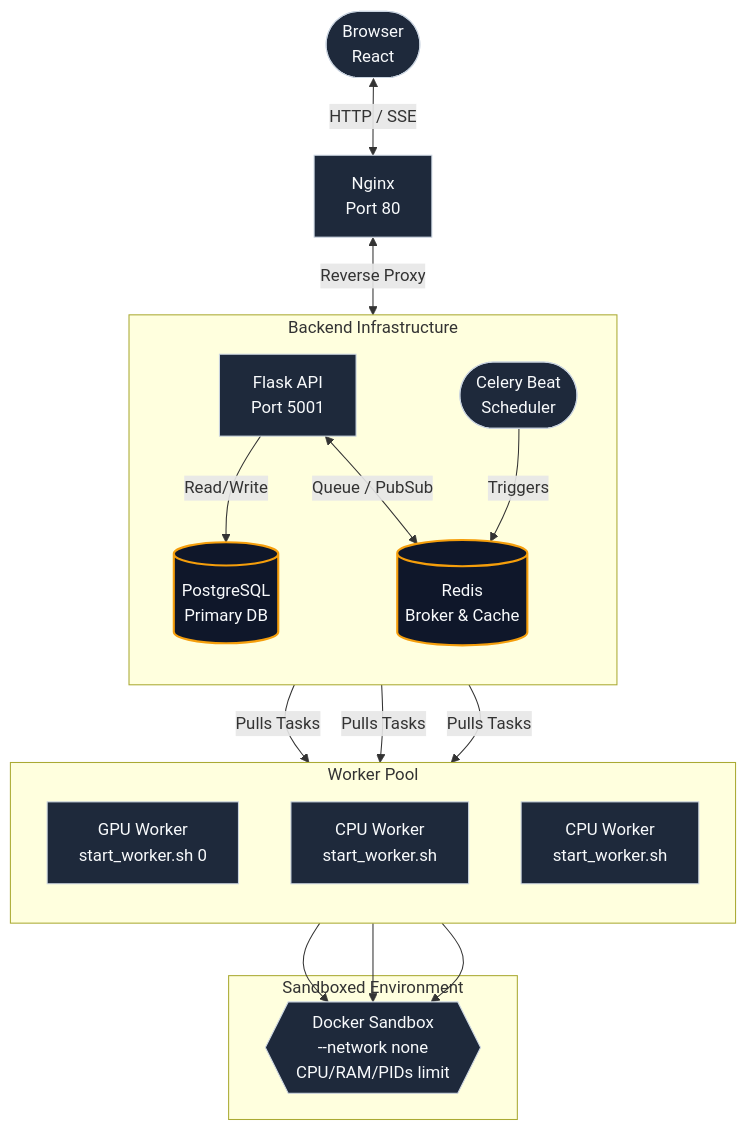
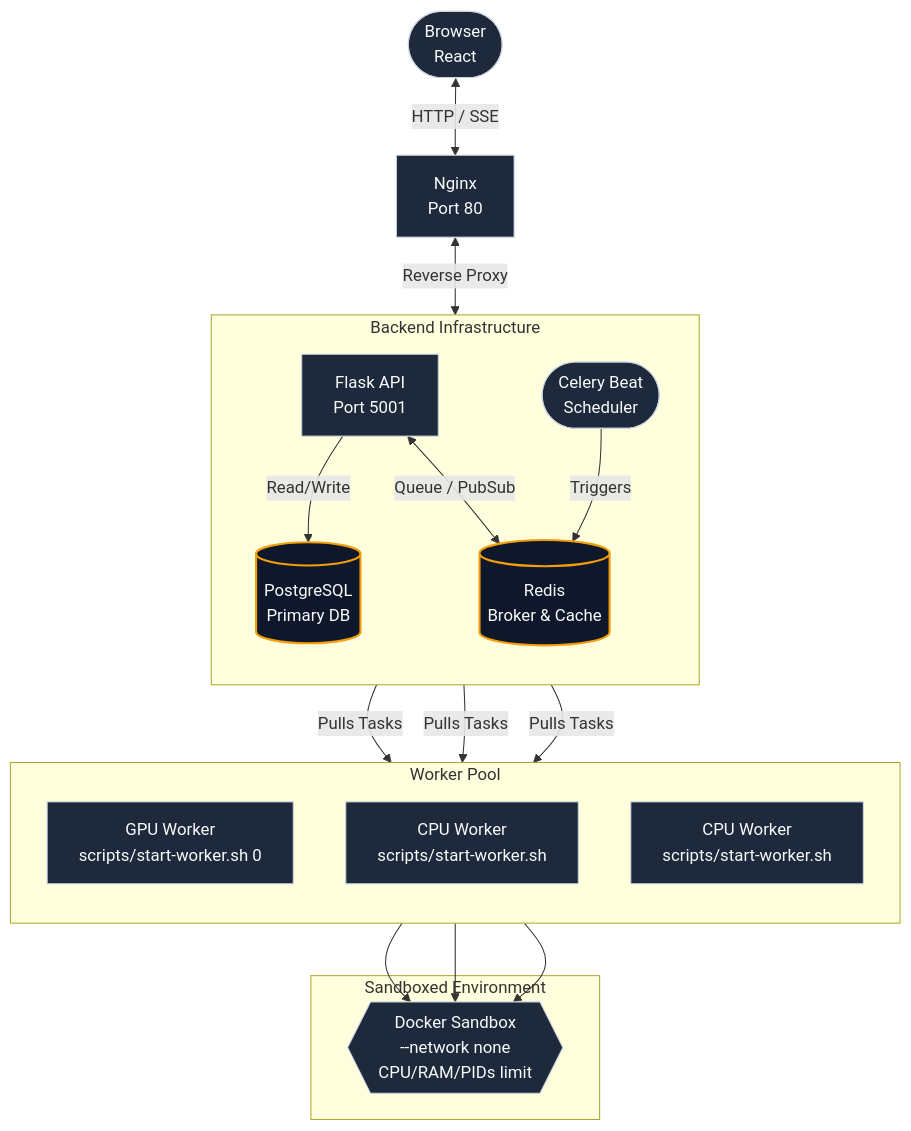
One commit to delyan-boychev/lavbench changed the diagram in README.md. Above: the diagram before and after it, drawn with Mermaid. The commit also changed other lines of this file and 8 other files, not shown here.

````diff
--- a/README.md
+++ b/README.md
@@ -61,35 +60,35 @@
 ```mermaid
 flowchart TD
     %% Client & Gateway
     Client([Browser<br>React]) <-->|HTTP / SSE| Nginx[Nginx<br>Port 80]
     Nginx <-->|Reverse Proxy| API[Flask API<br>Port 5001]
 
     %% Core Data & Message Broker
     subgraph Core [Backend Infrastructure]
         direction TB
         API -->|Read/Write| DB[(PostgreSQL<br>Primary DB)]
         API <-->|Queue / PubSub| Redis[(Redis<br>Broker & Cache)]
         Beat([Celery Beat<br>Scheduler]) -->|Triggers| Redis
     end
 
     %% Worker Nodes
     subgraph Workers [Worker Pool]
         direction TB
-        Redis -->|Pulls Tasks| GPU[GPU Worker<br>start_worker.sh 0]
-        Redis -->|Pulls Tasks| CPU1[CPU Worker<br>start_worker.sh]
-        Redis -->|Pulls Tasks| CPU2[CPU Worker<br>start_worker.sh]
+        Redis -->|Pulls Tasks| GPU[GPU Worker<br>scripts/start-worker.sh 0]
+        Redis -->|Pulls Tasks| CPU1[CPU Worker<br>scripts/start-worker.sh]
+        Redis -->|Pulls Tasks| CPU2[CPU Worker<br>scripts/start-worker.sh]
     end
 
     %% Execution Sandbox
     subgraph Execution [Sandboxed Environment]
         GPU --> Sandbox
         CPU1 --> Sandbox
         CPU2 --> Sandbox
         Sandbox{{Docker Sandbox<br>--network none<br>CPU/RAM/PIDs limit}}
     end
 
     %% Styling (Optional but keeps it clean)
     classDef default fill:#1e293b,stroke:#cbd5e1,stroke-width:1px,color:#f8fafc;
     classDef database fill:#0f172a,stroke:#f59e0b,stroke-width:2px,color:#f8fafc;
     class DB,Redis database;
 ```
````
